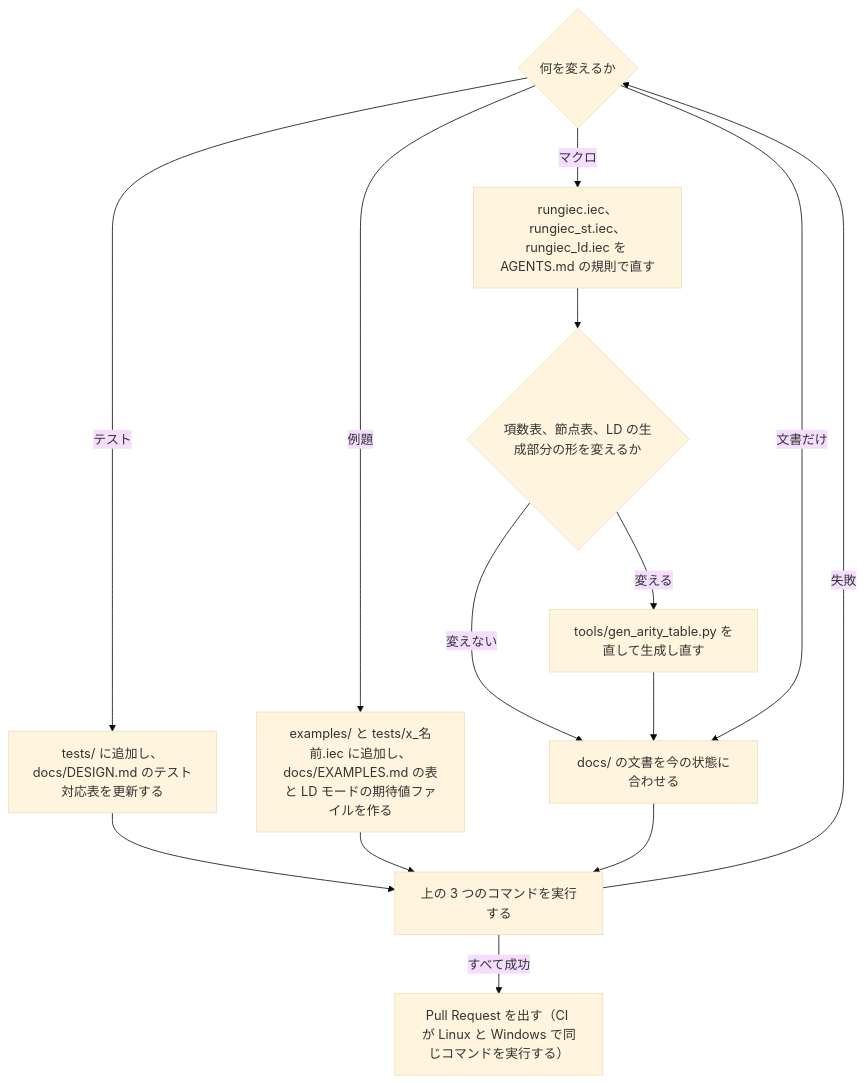
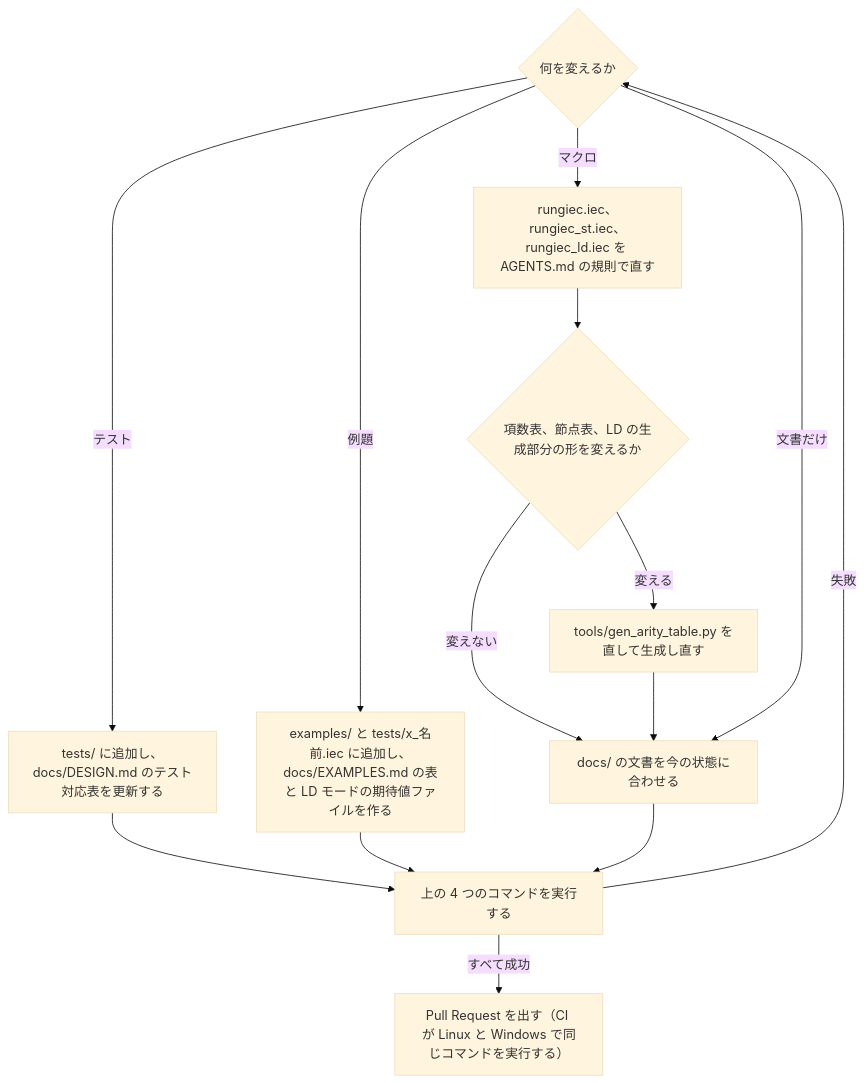
One commit to yunos0987/rungiec changed the diagram in CONTRIBUTING.md. Above: the diagram before and after it, drawn with Mermaid (base theme). The commit also changed other lines of this file and 5 other files, not shown here.

````diff
--- a/CONTRIBUTING.md
+++ b/CONTRIBUTING.md
@@ -44,17 +46,17 @@
 ```mermaid
 flowchart TD
   C{"何を変えるか"}
   C -->|"マクロ"| MA["rungiec.iec、rungiec_st.iec、rungiec_ld.iec を AGENTS.md の規則で直す"]
   MA --> GENQ{"項数表、節点表、LD の生成部分の形を変えるか"}
   GENQ -->|"変える"| GEN["tools/gen_arity_table.py を直して生成し直す"]
   GENQ -->|"変えない"| DOC
   GEN --> DOC["docs/ の文書を今の状態に合わせる"]
   C -->|"テスト"| TS["tests/ に追加し、docs/DESIGN.md のテスト対応表を更新する"]
   C -->|"例題"| EX["examples/ と tests/x_名前.iec に追加し、docs/EXAMPLES.md の表と LD モードの期待値ファイルを作る"]
   C -->|"文書だけ"| DOC
   TS --> CHK
   EX --> CHK
-  DOC --> CHK["上の 3 つのコマンドを実行する"]
+  DOC --> CHK["上の 4 つのコマンドを実行する"]
   CHK -->|"失敗"| C
   CHK -->|"すべて成功"| PR["Pull Request を出す（CI が Linux と Windows で同じコマンドを実行する）"]
 ```
````
